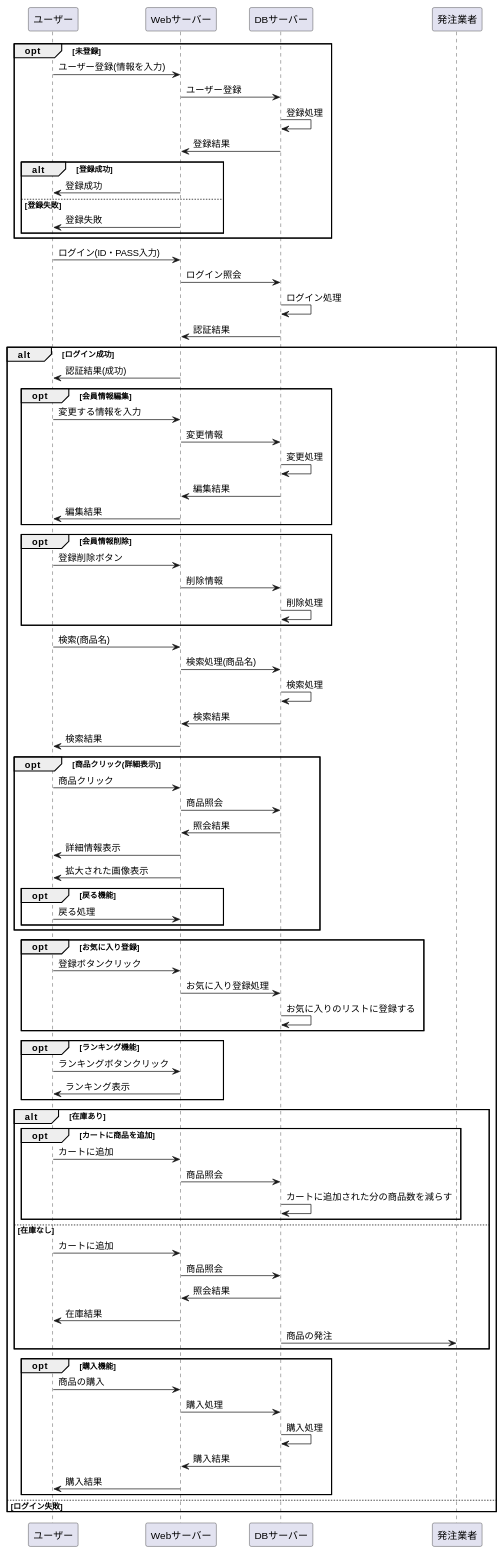
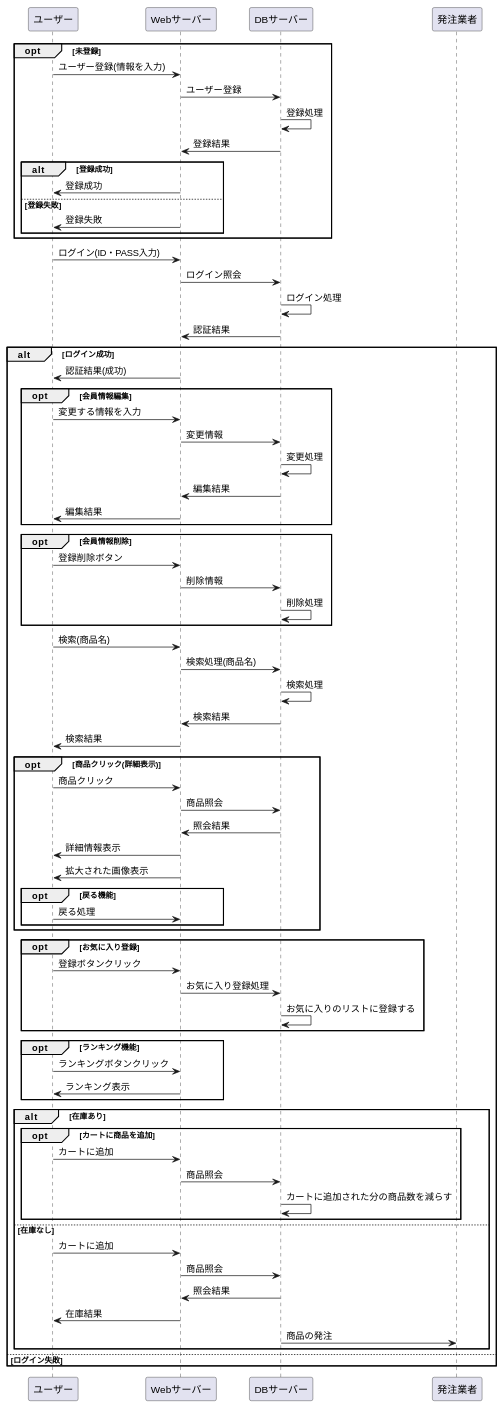
The diagram in cookjob.md (Aso2001154/2021sys-design), drawn with PlantUML before and after one commit.

```diff
--- a/cookjob.md
+++ b/cookjob.md
@@ -76,13 +76,7 @@
 DBサーバー -> 発注業者 : 商品の発注
 end
 
-opt 購入機能
-ユーザー -> Webサーバー : 商品の購入
-Webサーバー -> DBサーバー : 購入処理
-DBサーバー -> DBサーバー : 購入処理
-DBサーバー -> Webサーバー : 購入結果
-Webサーバー -> ユーザー : 購入結果
-end
+
 else ログイン失敗
 end
 @enduml
```
